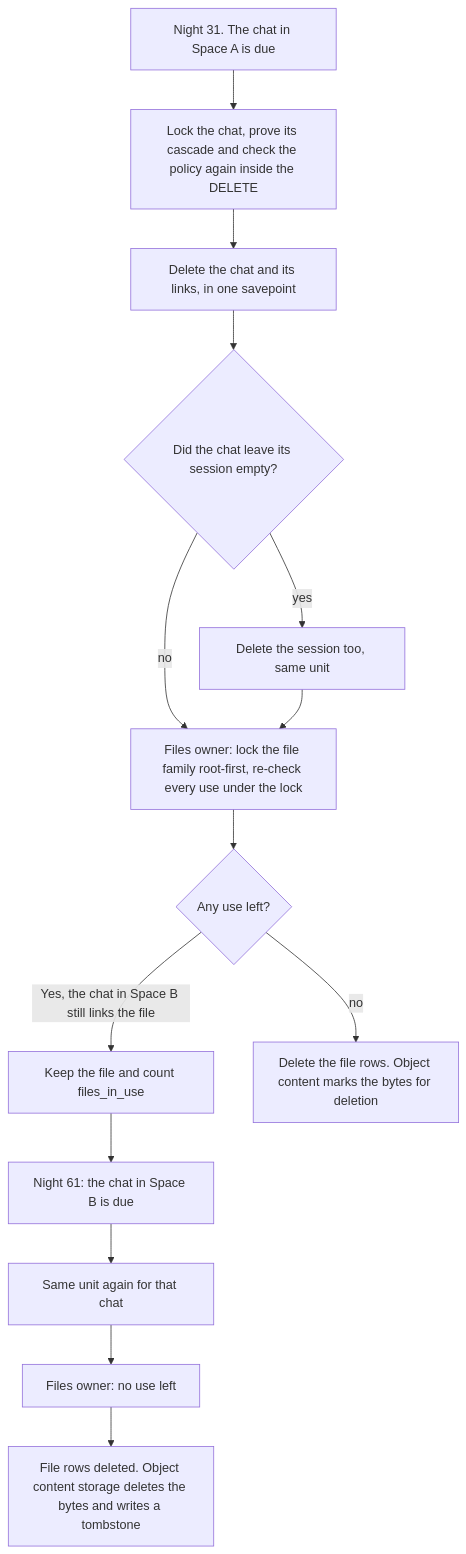
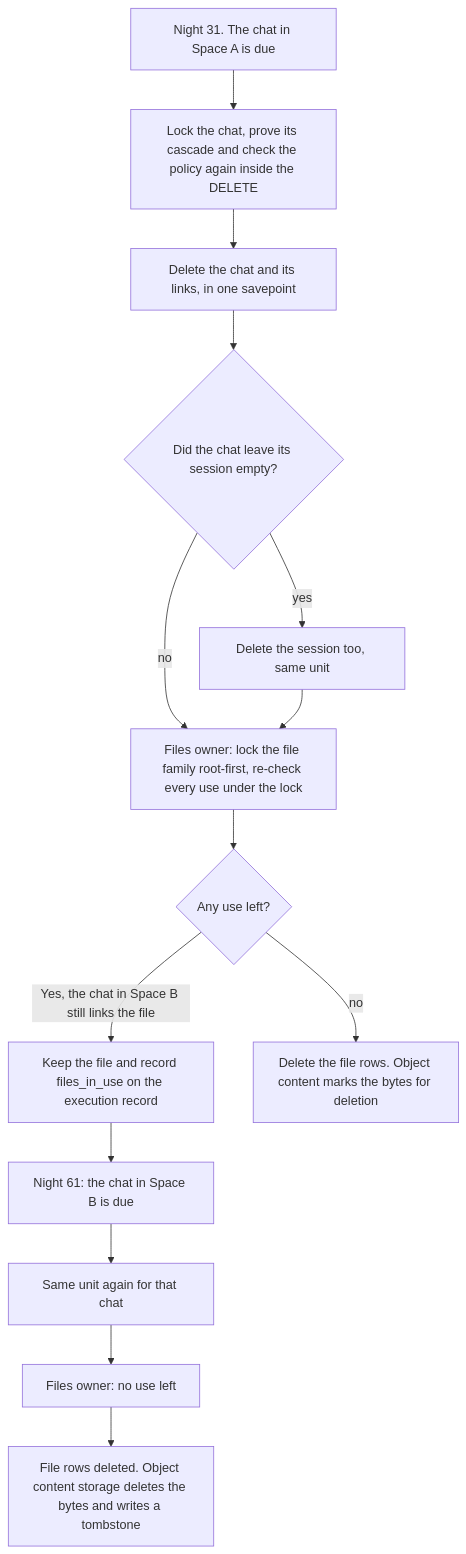
One commit to eneo-ai/eneo changed the fourth of 5 diagrams in docs/adr/retention-engine.md. Above: the diagram before and after it, drawn with Mermaid. The commit also changed other lines of this file and 48 other files, not shown here.

````diff
--- a/docs/adr/retention-engine.md
+++ b/docs/adr/retention-engine.md
@@ -198,16 +244,16 @@
 ```mermaid
 flowchart TD
     A31[Night 31. The chat in Space A is due] --> L[Lock the chat, prove its cascade and check the policy again inside the DELETE]
     L --> D[Delete the chat and its links, in one savepoint]
     D --> S{Did the chat leave its session empty?}
     S -- yes --> DS[Delete the session too, same unit]
     S -- no --> F
     DS --> F[Files owner: lock the file family root-first, re-check every use under the lock]
     F --> U{Any use left?}
-    U -- Yes, the chat in Space B still links the file --> K[Keep the file and count files_in_use]
+    U -- Yes, the chat in Space B still links the file --> K[Keep the file and record files_in_use on the execution record]
     U -- no --> R[Delete the file rows. Object content marks the bytes for deletion]
     K --> N[Night 61: the chat in Space B is due]
     N --> L2[Same unit again for that chat]
     L2 --> F2[Files owner: no use left]
     F2 --> R2[File rows deleted. Object content storage deletes the bytes and writes a tombstone]
 ```
````
